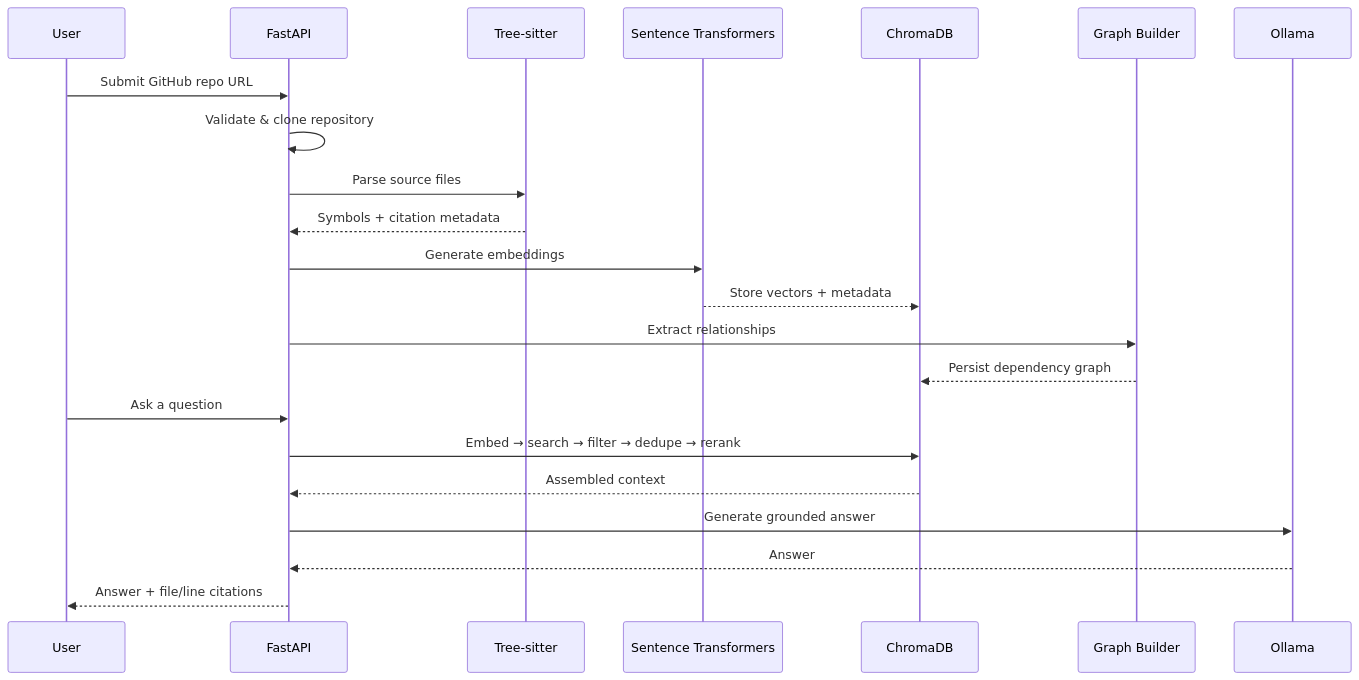
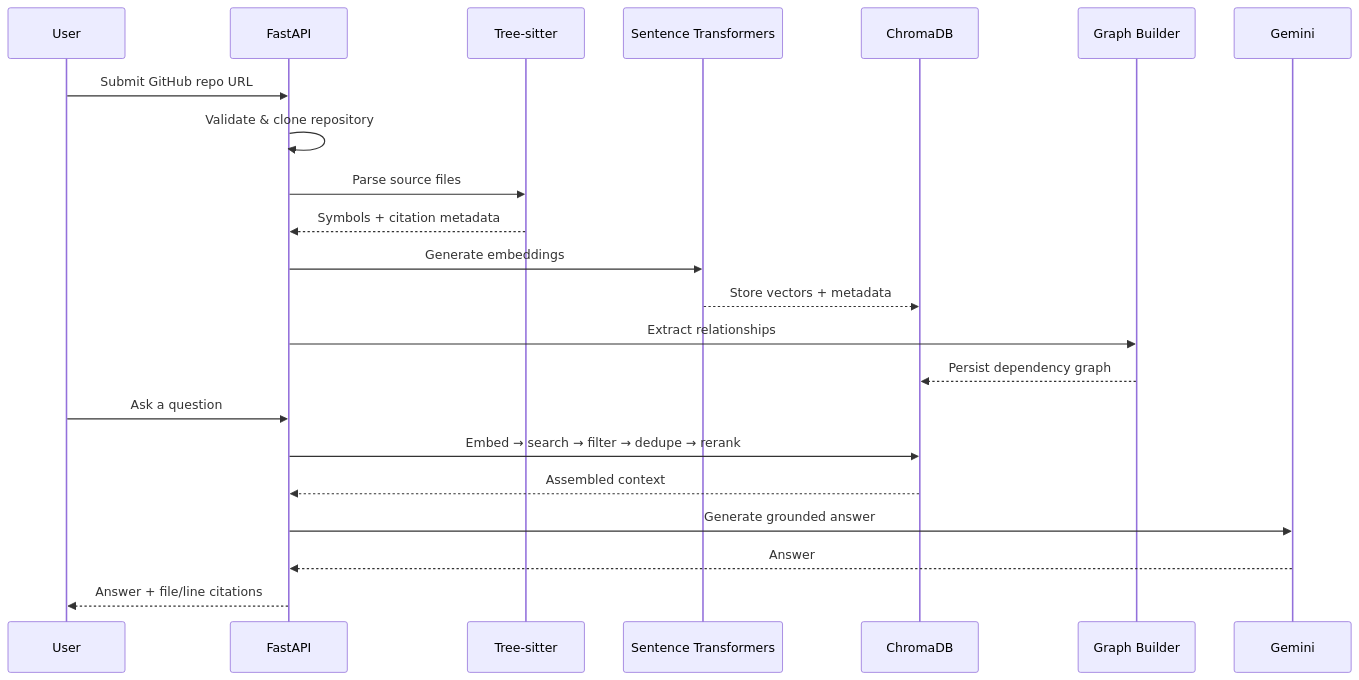
The diagram in README.md (anurag290805/codeatlas-ai), drawn with Mermaid before and after one commit. The commit also changed other lines of this file and 10 other files, not shown here.

Commit message:
Remove Ollama and make Gemini the sole AI provider

````diff
--- a/README.md
+++ b/README.md
@@ -317,26 +306,26 @@
 ```mermaid
 sequenceDiagram
     participant U as User
     participant API as FastAPI
     participant TS as Tree-sitter
     participant ST as Sentence Transformers
     participant DB as ChromaDB
     participant G as Graph Builder
-    participant O as Ollama
+    participant Gm as Gemini
 
     U->>API: Submit GitHub repo URL
     API->>API: Validate & clone repository
     API->>TS: Parse source files
     TS-->>API: Symbols + citation metadata
     API->>ST: Generate embeddings
     ST-->>DB: Store vectors + metadata
     API->>G: Extract relationships
     G-->>DB: Persist dependency graph
 
     U->>API: Ask a question
     API->>DB: Embed → search → filter → dedupe → rerank
     DB-->>API: Assembled context
-    API->>O: Generate grounded answer
-    O-->>API: Answer
+    API->>Gm: Generate grounded answer
+    Gm-->>API: Answer
     API-->>U: Answer + file/line citations
 ```
````
